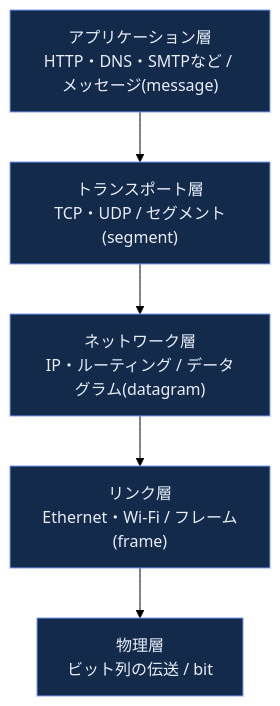
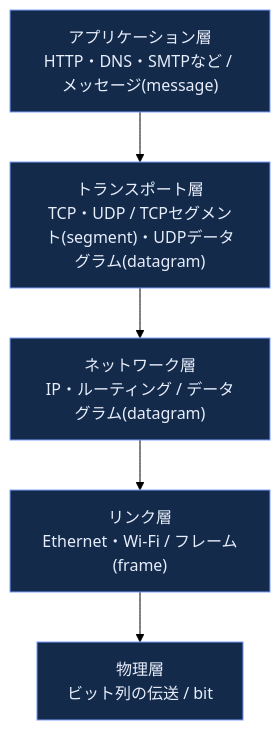
The fifth of 41 diagrams in Computer-networking-topdown-guide.md (myoshi2891/Cloud-Infrastructure-Studies), drawn with Mermaid (forest theme) before and after one commit. The commit also changed other lines of this file, not shown here.

````diff
--- a/Computer-networking-topdown-guide.md
+++ b/Computer-networking-topdown-guide.md
@@ -191,13 +191,13 @@
 ```mermaid
 flowchart TD
     APP["アプリケーション層<br/>HTTP・DNS・SMTPなど / メッセージ(message)"]
-    TRANS["トランスポート層<br/>TCP・UDP / セグメント(segment)"]
+    TRANS["トランスポート層<br/>TCP・UDP / TCPセグメント(segment)・UDPデータグラム(datagram)"]
     NET["ネットワーク層<br/>IP・ルーティング / データグラム(datagram)"]
     LINK["リンク層<br/>Ethernet・Wi-Fi / フレーム(frame)"]
     PHY["物理層<br/>ビット列の伝送 / bit"]
 
     APP --> TRANS --> NET --> LINK --> PHY
 
     classDef layerFill fill:#132a4a,stroke:#7c9eff,color:#e8eefc
     class APP,TRANS,NET,LINK,PHY layerFill
 ```
````
